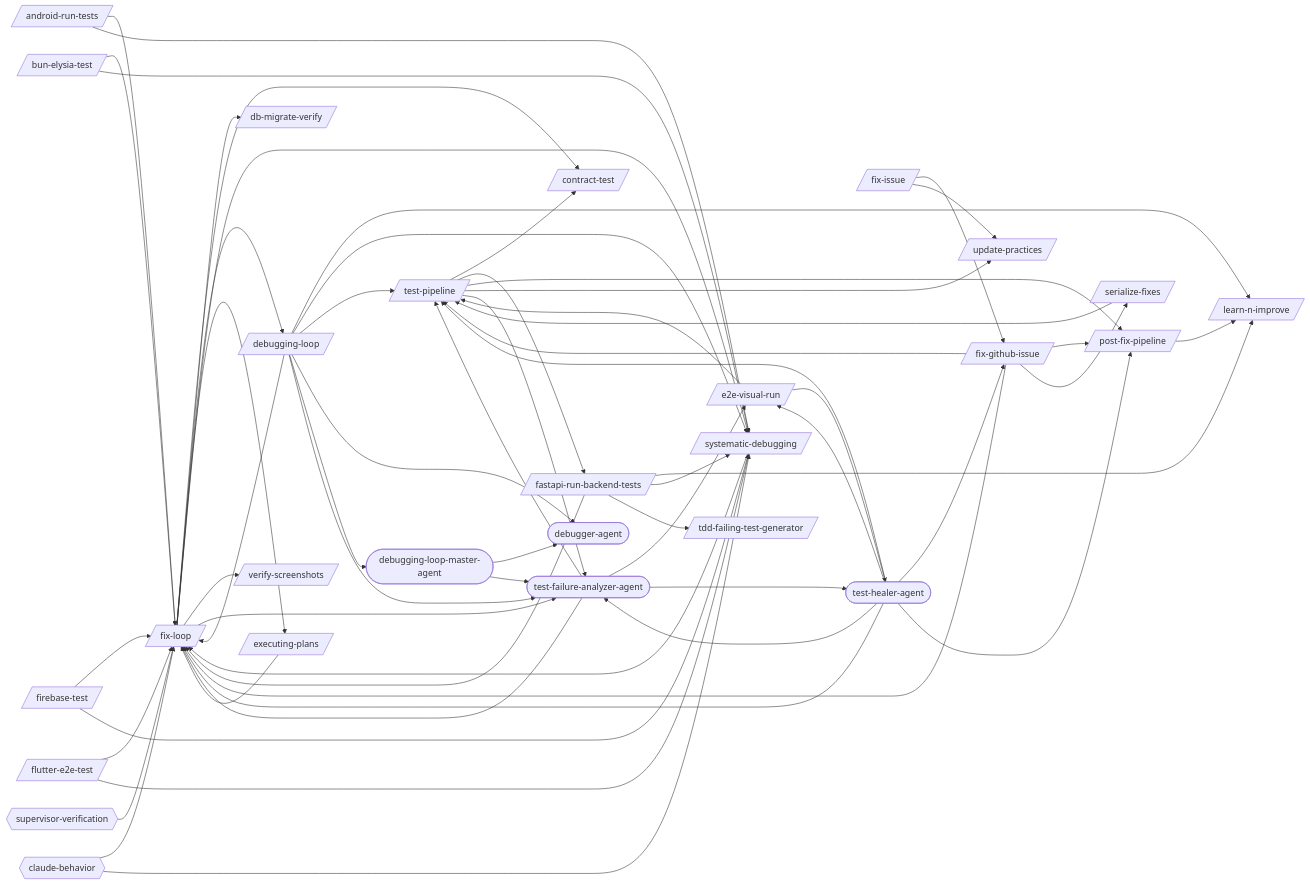
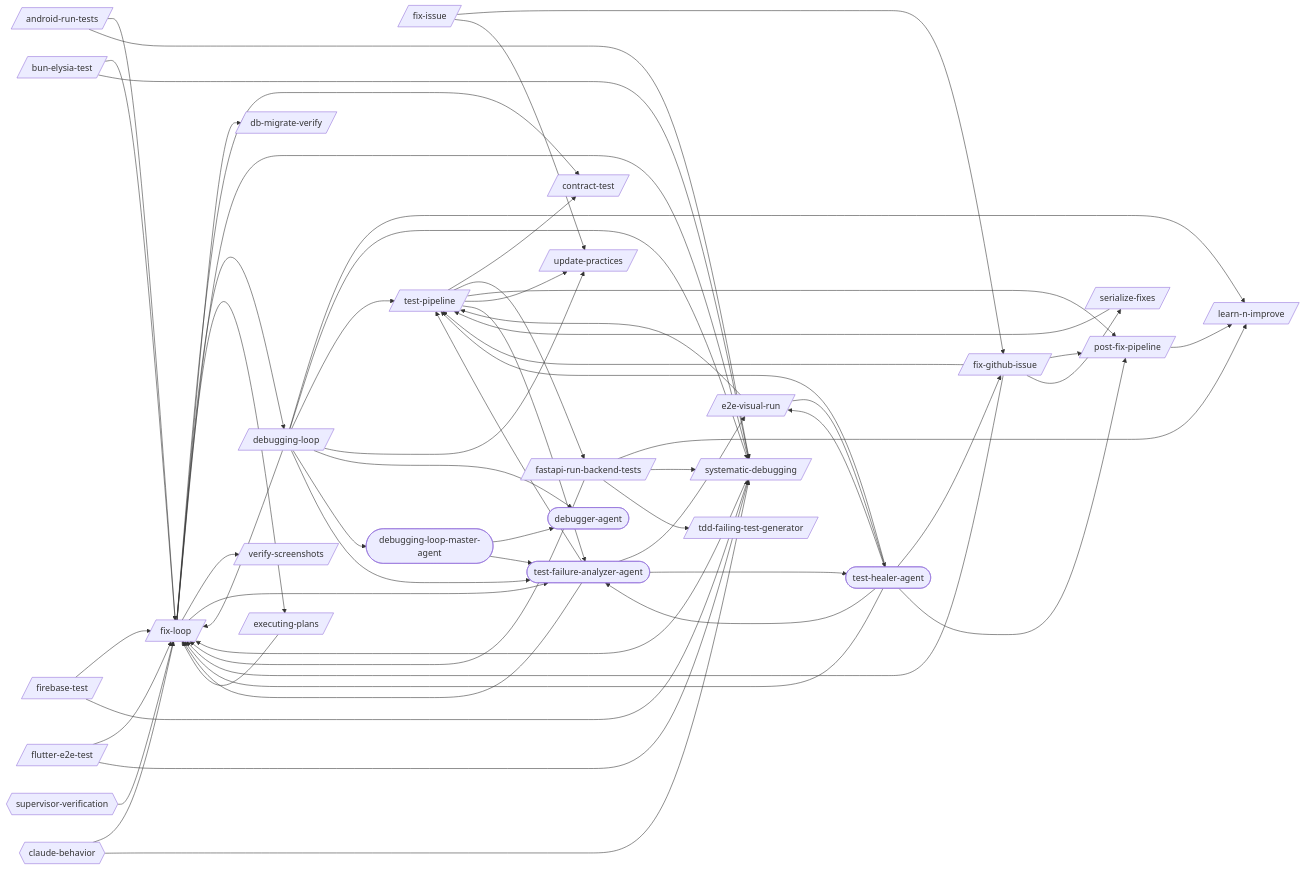
Before and after one commit to abhayla/claude-best-practices: the first of 25 diagrams in docs/workflows/debugging-loop.md, drawn with Mermaid. The commit also changed other lines of this file and 12 other files, not shown here.

```diff
--- a/docs/workflows/debugging-loop.md
+++ b/docs/workflows/debugging-loop.md
@@ -43,6 +43,7 @@
     debugging_loop --> learn_n_improve
     debugging_loop --> systematic_debugging
     debugging_loop --> test_pipeline
+    debugging_loop --> update_practices
     debugging_loop --> debugger_agent
     debugging_loop --> debugging_loop_master_agent
     debugging_loop --> test_failure_analyzer_agent
```
